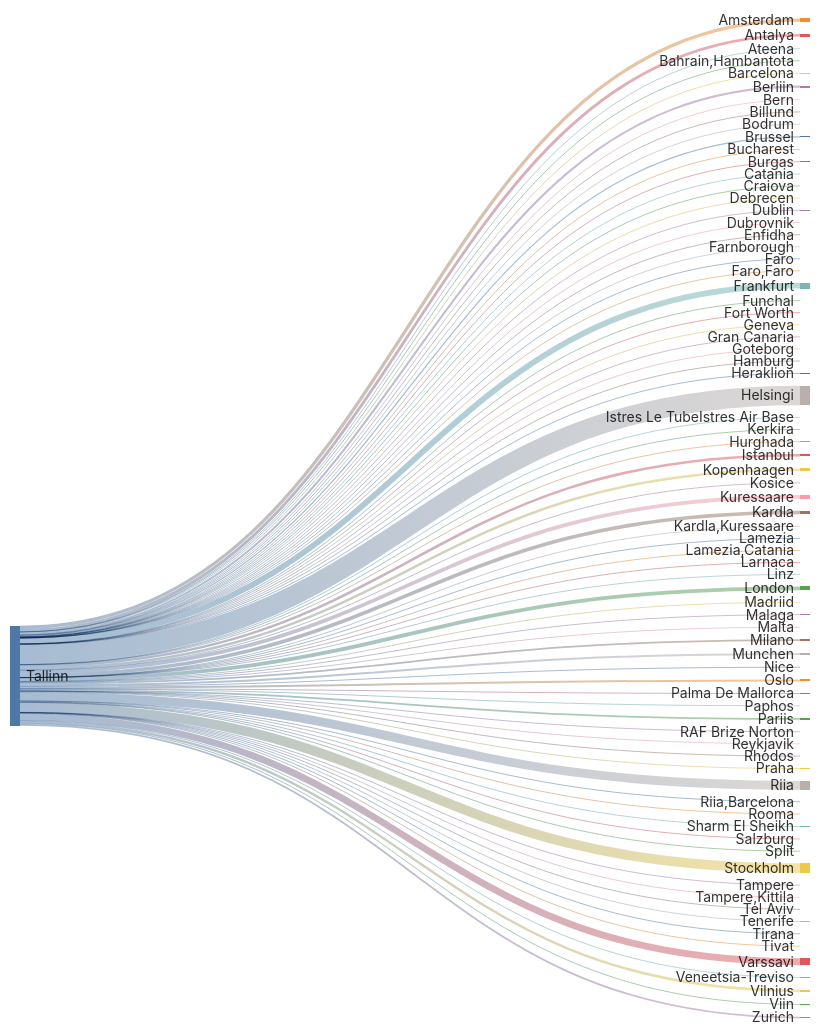
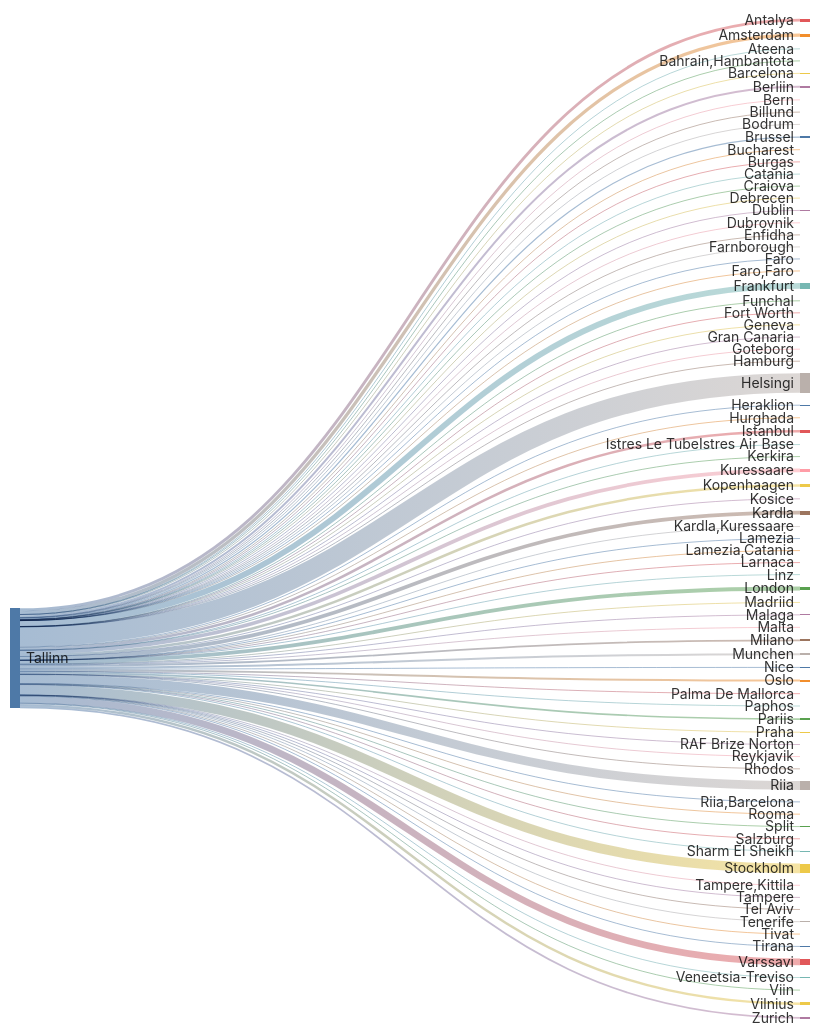
One commit to rainermesi/tll-airport-departures changed the second of 2 diagrams in README.md. Above: the diagram before and after it, drawn with Mermaid. The commit also changed other lines of this file and 1 other file, not shown here.

````diff
--- a/README.md
+++ b/README.md
@@ -41,16 +41,16 @@
 ---
 sankey-beta
 %% source,target,value
-Tallinn,Amsterdam,497
-Tallinn,Antalya,445
+Tallinn,Amsterdam,499
+Tallinn,Antalya,446
 Tallinn,Ateena,16
 Tallinn,"Bahrain,Hambantota",1
 Tallinn,Barcelona,139
-Tallinn,Berliin,314
+Tallinn,Berliin,316
 Tallinn,Bern,1
 Tallinn,Billund,79
 Tallinn,Bodrum,11
-Tallinn,Brussel,192
+Tallinn,Brussel,193
 Tallinn,Bucharest,1
 Tallinn,Burgas,62
 Tallinn,Catania,2
@@ -63,60 +63,60 @@
 Tallinn,Faro,4
 Tallinn,"Faro,Faro",1
 Tallinn,Fort Worth,1
-Tallinn,Frankfurt,900
+Tallinn,Frankfurt,903
 Tallinn,Funchal,5
 Tallinn,Geneva,13
 Tallinn,Gran Canaria,38
 Tallinn,Goteborg,2
 Tallinn,Hamburg,2
-Tallinn,Helsingi,3028
+Tallinn,Helsingi,3038
 Tallinn,Heraklion,104
 Tallinn,Hurghada,75
-Tallinn,Istanbul,393
+Tallinn,Istanbul,395
 Tallinn,Istres Le TubeIstres Air Base,2
 Tallinn,Kerkira,4
-Tallinn,Kopenhaagen,384
+Tallinn,Kopenhaagen,387
 Tallinn,Kosice,1
-Tallinn,Kuressaare,572
-Tallinn,Kardla,574
+Tallinn,Kuressaare,574
+Tallinn,Kardla,576
 Tallinn,"Kardla,Kuressaare",1
 Tallinn,Lamezia,1
 Tallinn,"Lamezia,Catania",3
 Tallinn,Larnaca,4
 Tallinn,Linz,2
-Tallinn,London,589
+Tallinn,London,590
 Tallinn,Madriid,4
 Tallinn,Malaga,122
 Tallinn,Malta,30
 Tallinn,Milano,274
-Tallinn,Munchen,310
+Tallinn,Munchen,312
 Tallinn,Nice,54
-Tallinn,Oslo,306
+Tallinn,Oslo,307
 Tallinn,Palma De Mallorca,34
 Tallinn,Paphos,66
-Tallinn,Pariis,264
+Tallinn,Pariis,266
 Tallinn,Praha,89
 Tallinn,RAF Brize Norton,1
 Tallinn,Reykjavik,20
-Tallinn,Rhodos,61
-Tallinn,Riia,1360
+Tallinn,Rhodos,62
+Tallinn,Riia,1364
 Tallinn,"Riia,Barcelona",1
 Tallinn,Rooma,80
 Tallinn,Salzburg,14
-Tallinn,Sharm El Sheikh,103
+Tallinn,Sharm El Sheikh,104
 Tallinn,Split,55
-Tallinn,Stockholm,1495
+Tallinn,Stockholm,1500
 Tallinn,Tampere,17
 Tallinn,"Tampere,Kittila",21
 Tallinn,Tel Aviv,2
 Tallinn,Tenerife,58
-Tallinn,Tirana,35
-Tallinn,Tivat,69
-Tallinn,Varssavi,1044
+Tallinn,Tirana,36
+Tallinn,Tivat,70
+Tallinn,Varssavi,1047
 Tallinn,Veneetsia-Treviso,67
 Tallinn,Viin,106
-Tallinn,Vilnius,377
-Tallinn,Zurich,270
+Tallinn,Vilnius,379
+Tallinn,Zurich,271
 
 
 ```
````
